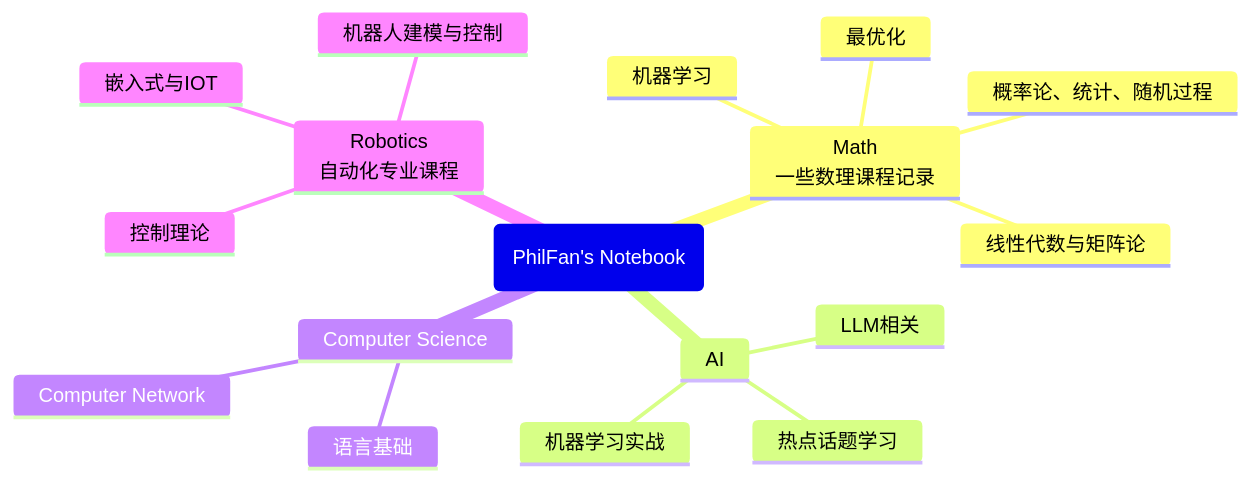
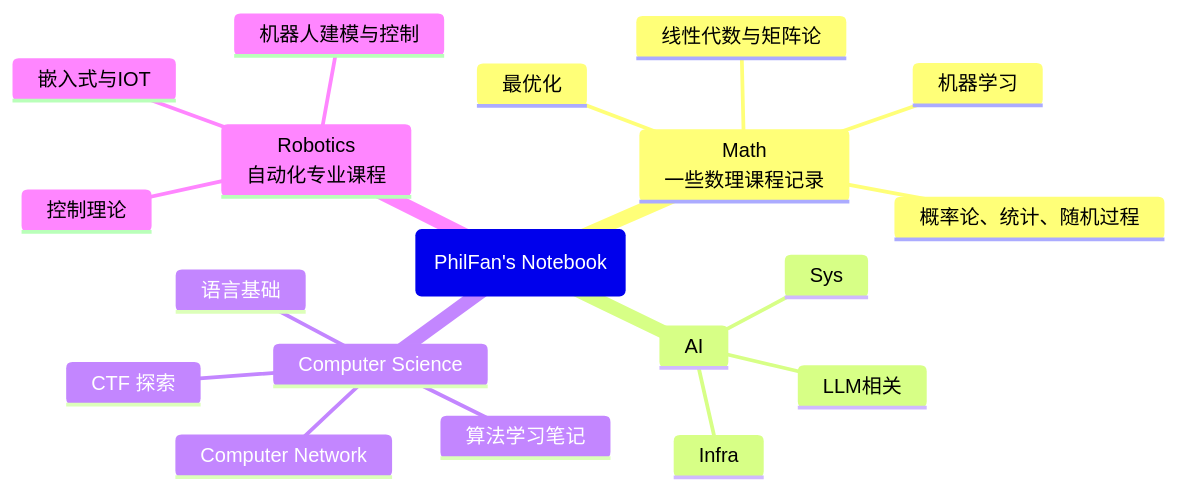
One commit to Phil-Fan/Notebook changed the diagram in docs/board.md. Above: the diagram before and after it, drawn with Mermaid. The commit also changed 23 other files, not shown here.

````diff
--- a/docs/board.md
+++ b/docs/board.md
@@ -12,20 +12,22 @@
 ```mermaid
 mindmap
     root(PhilFan's Notebook)
         Math<br/> 一些数理课程记录
             线性代数与矩阵论
             概率论、统计、随机过程
             最优化
             机器学习
         AI<br/> 
-            热点话题学习
             LLM相关
-            机器学习实战
+            Infra
+            Sys
         Computer Science<br/>
             语言基础
             Computer Network
+            算法学习笔记
+            CTF 探索
         Robotics<br/>自动化专业课程
             控制理论
             嵌入式与IOT
             机器人建模与控制
 ```
````
